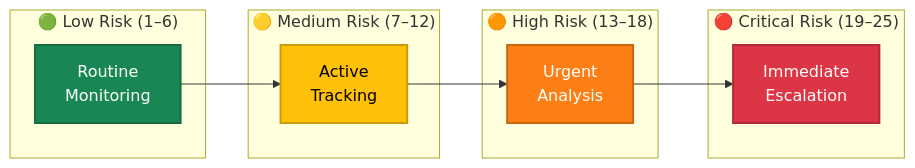
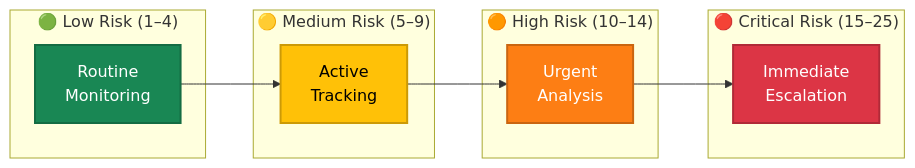
Before and after one commit to Hack23/riksdagsmonitor: the fourth of 9 diagrams in analysis/templates/README.md, drawn with Mermaid. The commit also changed 3 other files, not shown here.

````diff
--- a/analysis/templates/README.md
+++ b/analysis/templates/README.md
@@ -300,22 +300,22 @@
 ```mermaid
 graph LR
-    subgraph "🟢 Low Risk (1–6)"
+    subgraph "🟢 Low Risk (1–4)"
         L["Routine<br/>Monitoring"]
     end
-    subgraph "🟡 Medium Risk (7–12)"
+    subgraph "🟡 Medium Risk (5–9)"
         M["Active<br/>Tracking"]
     end
-    subgraph "🟠 High Risk (13–18)"
+    subgraph "🟠 High Risk (10–14)"
         H["Urgent<br/>Analysis"]
     end
-    subgraph "🔴 Critical Risk (19–25)"
+    subgraph "🔴 Critical Risk (15–25)"
         C["Immediate<br/>Escalation"]
     end
 
     L --> M --> H --> C
 
     style L fill:#198754,color:#fff,stroke:#146c43,stroke-width:2px
     style M fill:#ffc107,color:#000,stroke:#cc9a06,stroke-width:2px
     style H fill:#fd7e14,color:#fff,stroke:#ca6510,stroke-width:2px
     style C fill:#dc3545,color:#fff,stroke:#b02a37,stroke-width:2px
 ```
````
